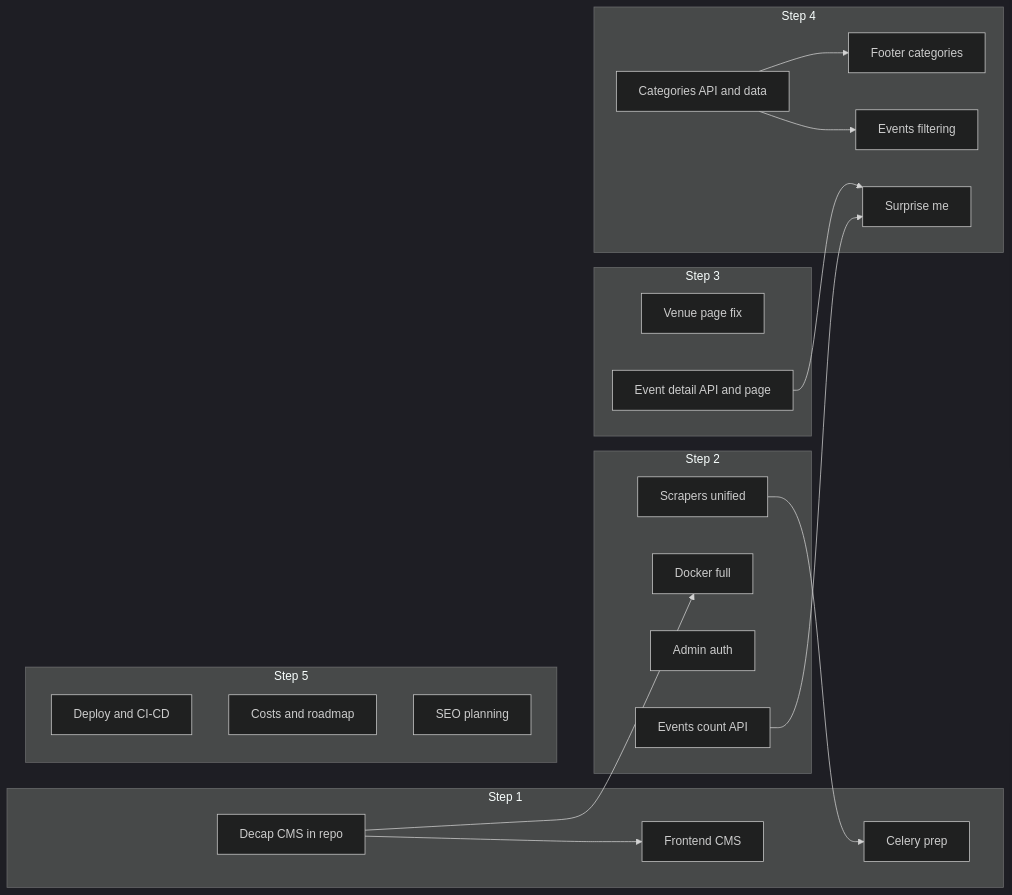
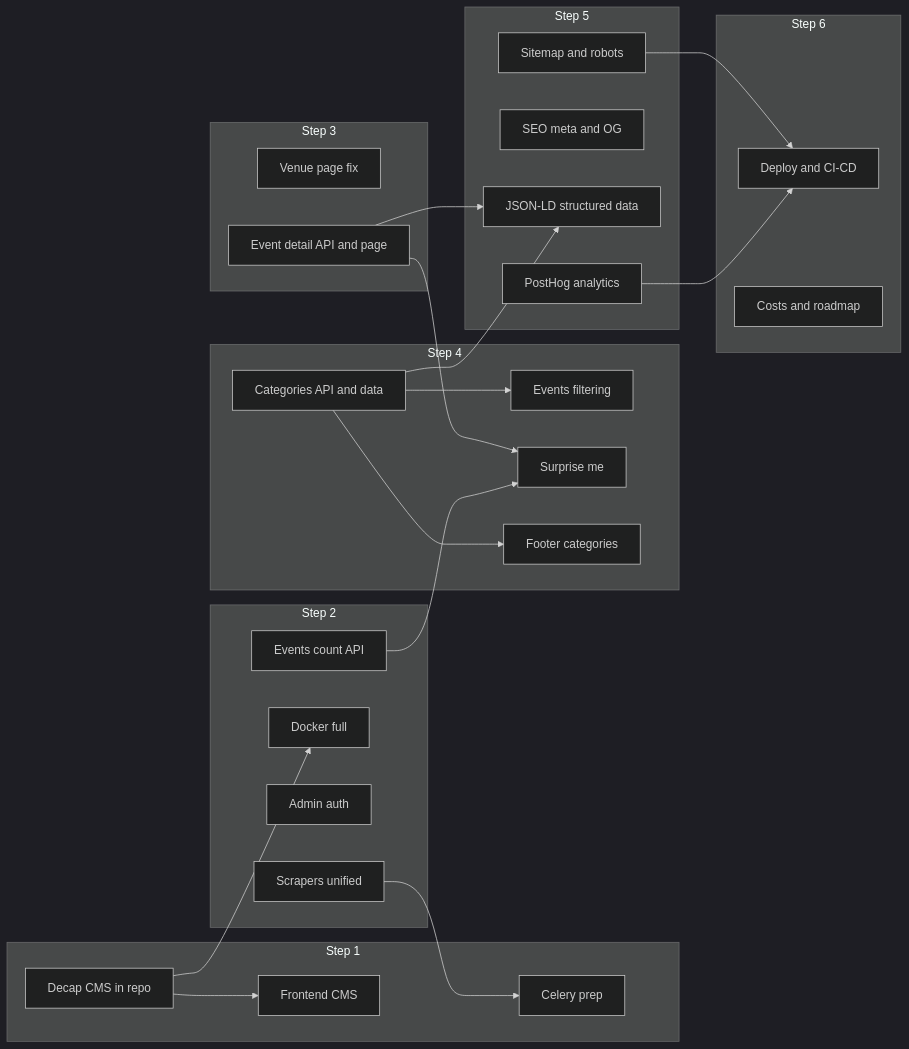
One commit to tylerlangties/srq-hpn changed the diagram in docs/roadmap.md. Above: the diagram before and after it, drawn with Mermaid (dark theme). The commit also changed other lines of this file and 21 other files, not shown here.

Commit message:
add celery, non root user for db, refactor collectors, update roadmap

````diff
--- a/docs/roadmap.md
+++ b/docs/roadmap.md
@@ -218,36 +274,45 @@
 ```mermaid
 flowchart LR
   subgraph step1 [Step 1]
     S1A[Decap CMS in repo]
     S1B[Frontend CMS]
     S1C[Celery prep]
   end
   subgraph step2 [Step 2]
     S2A[Scrapers unified]
     S2B[Docker full]
     S2C[Admin auth]
     S2D[Events count API]
   end
   subgraph step3 [Step 3]
     S3A[Venue page fix]
     S3B[Event detail API and page]
   end
   subgraph step4 [Step 4]
     S4A[Categories API and data]
     S4B[Events filtering]
     S4C[Surprise me]
     S4D[Footer categories]
   end
   subgraph step5 [Step 5]
-    S5A[Deploy and CI-CD]
-    S5B[Costs and roadmap]
-    S5C[SEO planning]
+    S5A[PostHog analytics]
+    S5B[SEO meta and OG]
+    S5C[JSON-LD structured data]
+    S5D[Sitemap and robots]
+  end
+  subgraph step6 [Step 6]
+    S6A[Deploy and CI-CD]
+    S6B[Costs and roadmap]
   end
   S1A --> S1B
   S1A --> S2B
   S2D --> S4C
   S3B --> S4C
   S4A --> S4B
   S4A --> S4D
   S2A --> S1C
+  S3B --> S5C
+  S4A --> S5C
+  S5A --> S6A
+  S5D --> S6A
 ```
````
